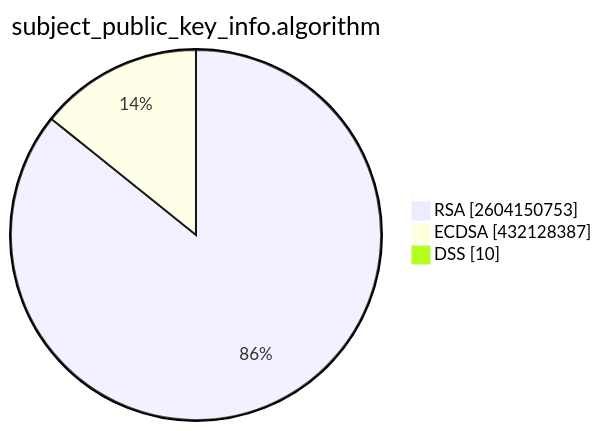
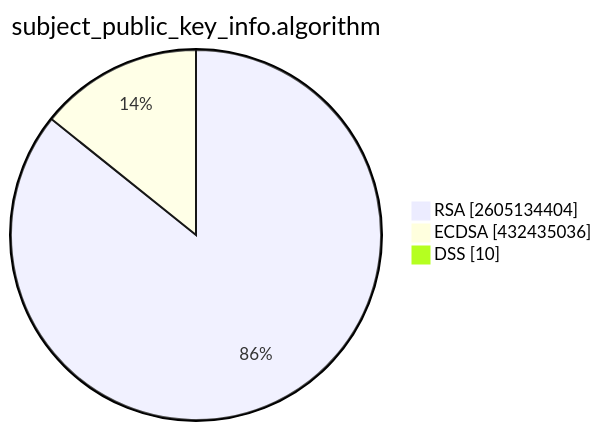
Before and after one commit to christiankrug/ctmonitor_visualization: the second of 15 diagrams in TOTAL/README.md, drawn with Mermaid. The commit also changed other lines of this file, not shown here.

````diff
--- a/TOTAL/README.md
+++ b/TOTAL/README.md
@@ -6,7 +6,7 @@
 ```mermaid
 pie showData
 title subject_public_key_info.algorithm
-"RSA" :2604150753
-"ECDSA" :432128387
+"RSA" :2605134404
+"ECDSA" :432435036
 "DSS" :10
 ```
````
